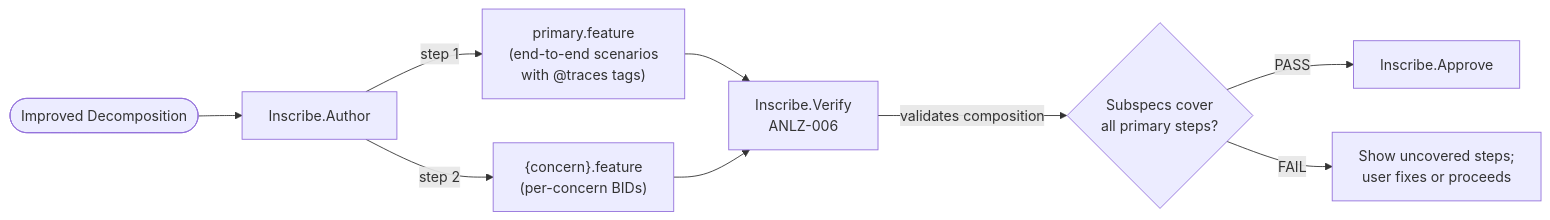
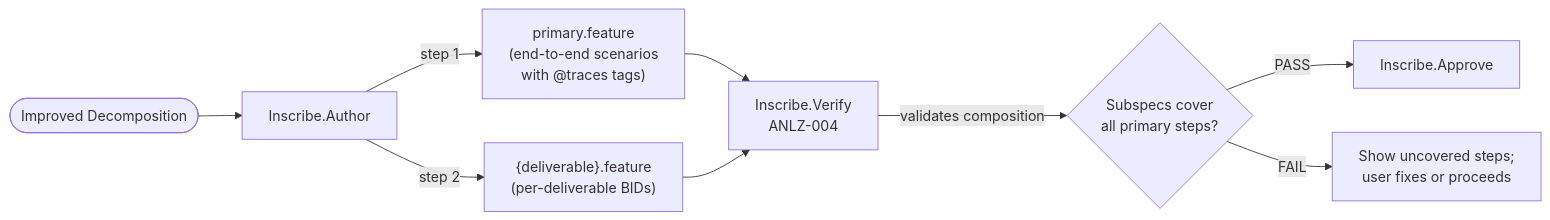
Before and after one commit to v0idbit/haileris: the third of 5 diagrams in docs/diagrams/diagrams.md, drawn with Mermaid. The commit also changed other lines of this file and 22 other files, not shown here.

````diff
--- a/docs/diagrams/diagrams.md
+++ b/docs/diagrams/diagrams.md
@@ -126,14 +126,14 @@
 ```mermaid
 flowchart LR
     ID([Improved Decomposition]) --> AUTH["Inscribe.Author"]
 
     AUTH -->|"step 1"| PS["primary.feature<br>(end-to-end scenarios<br>with @traces tags)"]
-    AUTH -->|"step 2"| CS["{concern}.feature<br>(per-concern BIDs)"]
+    AUTH -->|"step 2"| CS["{deliverable}.feature<br>(per-deliverable BIDs)"]
 
-    PS --> V["Inscribe.Verify<br>ANLZ-006"]
+    PS --> V["Inscribe.Verify<br>ANLZ-004"]
     CS --> V
 
     V -->|"validates composition"| RESULT{"Subspecs cover<br>all primary steps?"}
     RESULT -->|PASS| AP["Inscribe.Approve"]
     RESULT -->|FAIL| FIX["Show uncovered steps;<br>user fixes or proceeds"]
 ```
````
